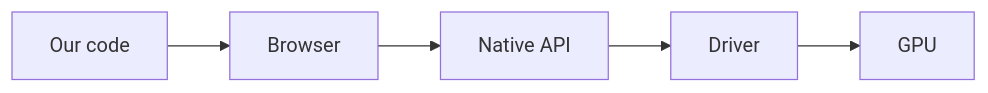
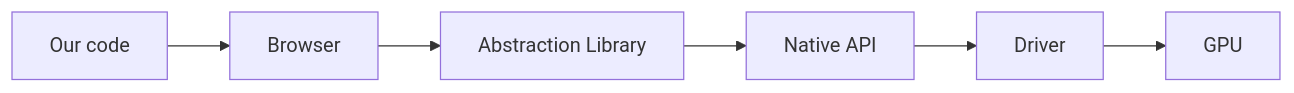
One commit to Bromles/wgpu-tutorial changed the third of 4 diagrams in docs/index.md. Above: the diagram before and after it, drawn with Mermaid. The commit also changed other lines of this file, not shown here.

````diff
--- a/docs/index.md
+++ b/docs/index.md
@@ -47,4 +48,4 @@
 ```mermaid
 flowchart LR
-  Code["Our code"] --> Browser --> Native["Native API"] --> Driver --> GPU
+    Code["Our code"] --> Browser --> Abstraction["Abstraction Library"] --> Native["Native API"] --> Driver --> GPU
 ```
````
